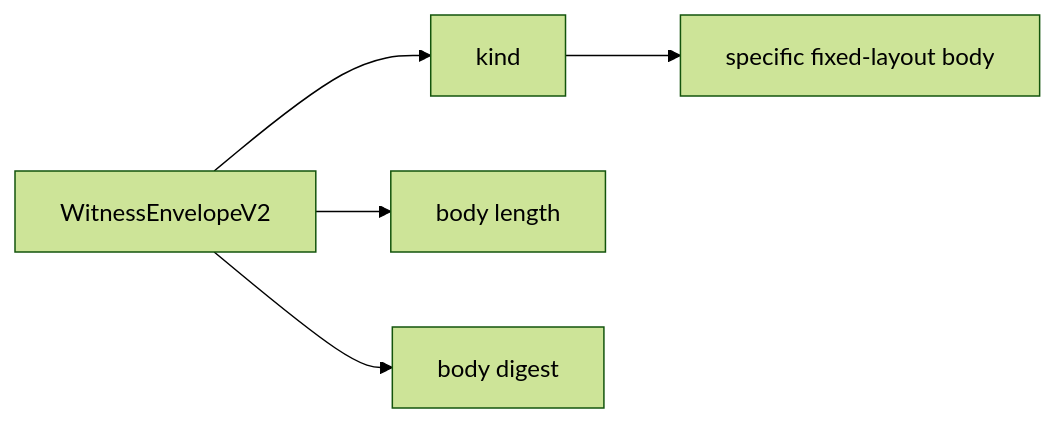
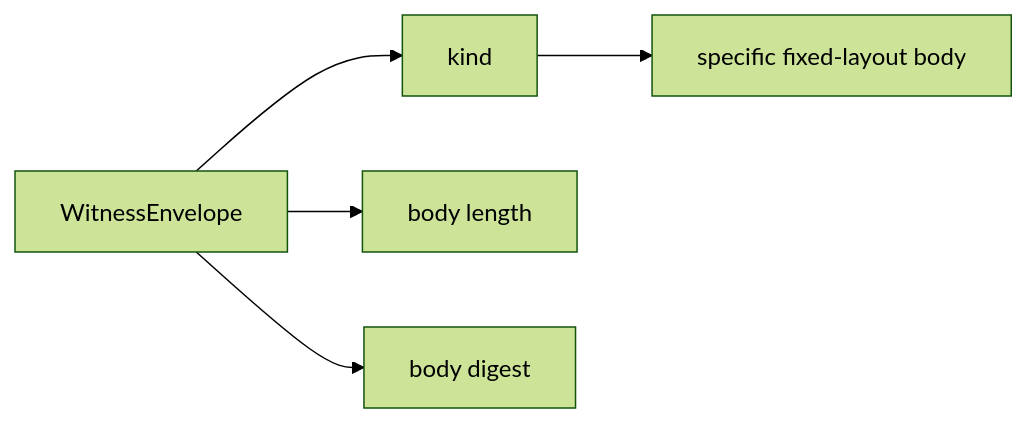
The seventh of 7 diagrams in docs/morph-channel-tutorial.md (a19q3/Morph), drawn with Mermaid (forest theme) before and after one commit. The commit also changed other lines of this file and 46 other files, not shown here.

````diff
--- a/docs/morph-channel-tutorial.md
+++ b/docs/morph-channel-tutorial.md
@@ -130,7 +130,7 @@
 ```mermaid
 flowchart LR
-    E["WitnessEnvelopeV2"] --> K["kind"]
+    E["WitnessEnvelope"] --> K["kind"]
     E --> L["body length"]
     E --> D["body digest"]
     K --> B["specific fixed-layout body"]
 ```
````
